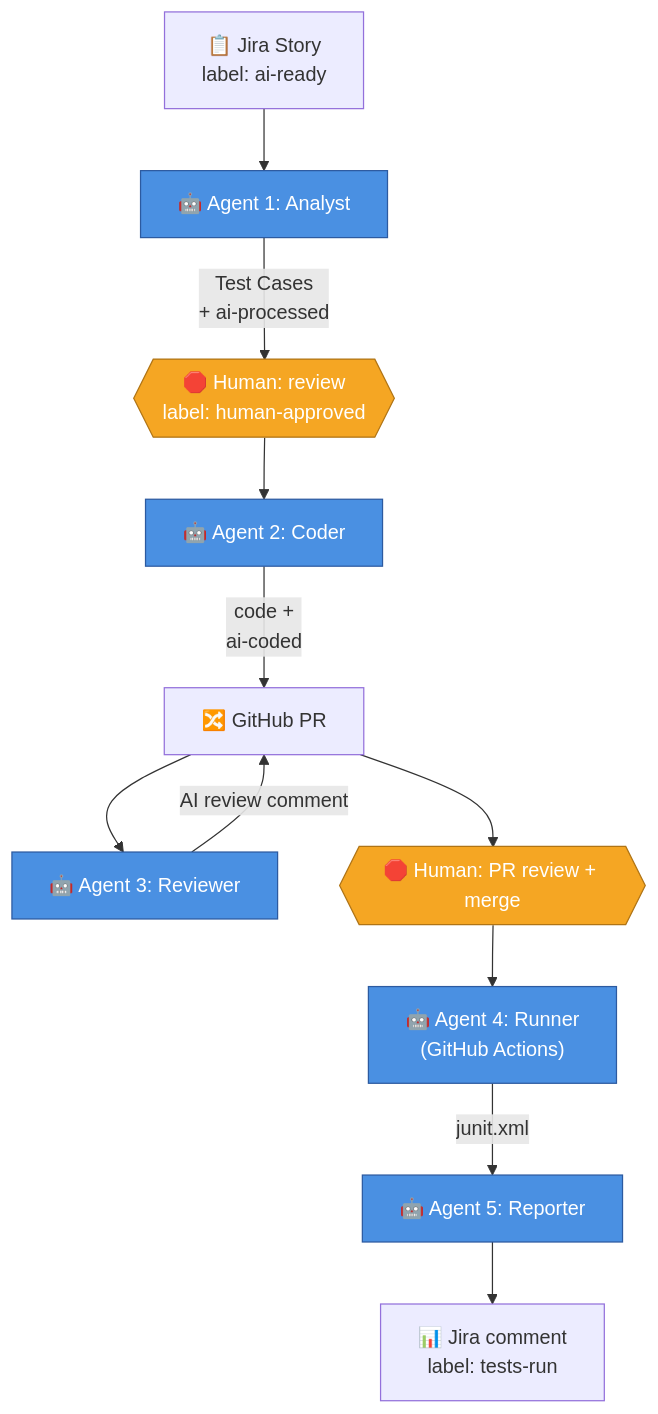
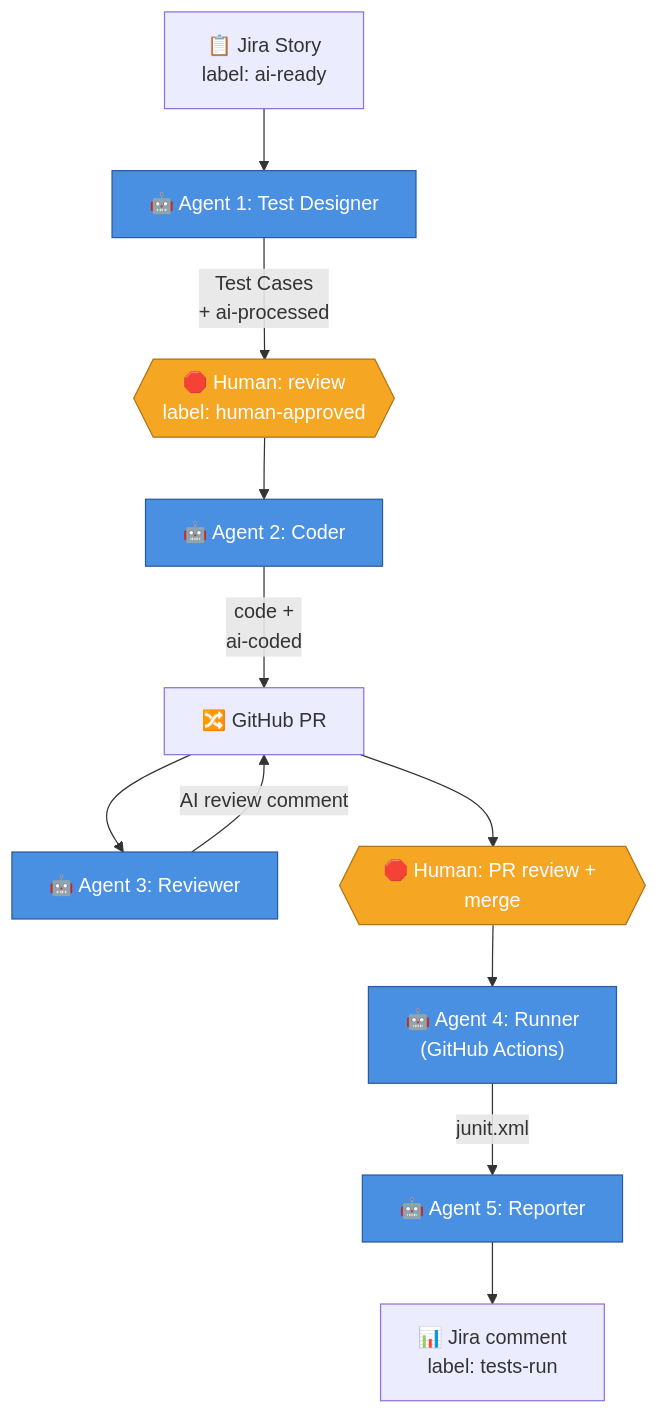
Before and after one commit to rajiniottesting-coder/multi-agent-test-automation: the diagram in README.md, drawn with Mermaid. The commit also changed other lines of this file and 11 other files, not shown here.

````diff
--- a/README.md
+++ b/README.md
@@ -54,29 +54,29 @@
 ```mermaid
 flowchart TB
     Story["📋 Jira Story<br/>label: ai-ready"]
-    A1["🤖 Agent 1: Analyst"]
+    A1["🤖 Agent 1: Test Designer"]
     H1{{"🛑 Human: review<br/>label: human-approved"}}
     A2["🤖 Agent 2: Coder"]
     PR["🔀 GitHub PR"]
     A3["🤖 Agent 3: Reviewer"]
     H2{{"🛑 Human: PR review + merge"}}
     A4["🤖 Agent 4: Runner<br/>(GitHub Actions)"]
     A5["🤖 Agent 5: Reporter"]
     Result["📊 Jira comment<br/>label: tests-run"]
 
     Story --> A1
     A1 -->|"Test Cases<br/>+ ai-processed"| H1
     H1 --> A2
     A2 -->|"code +<br/>ai-coded"| PR
     PR --> A3
     A3 -->|"AI review comment"| PR
     PR --> H2
     H2 --> A4
     A4 -->|"junit.xml"| A5
     A5 --> Result
 
     classDef agent fill:#4a90e2,stroke:#2c5aa0,color:#fff
     classDef human fill:#f5a623,stroke:#b07415,color:#fff
     class A1,A2,A3,A4,A5 agent
     class H1,H2 human
 ```
````
